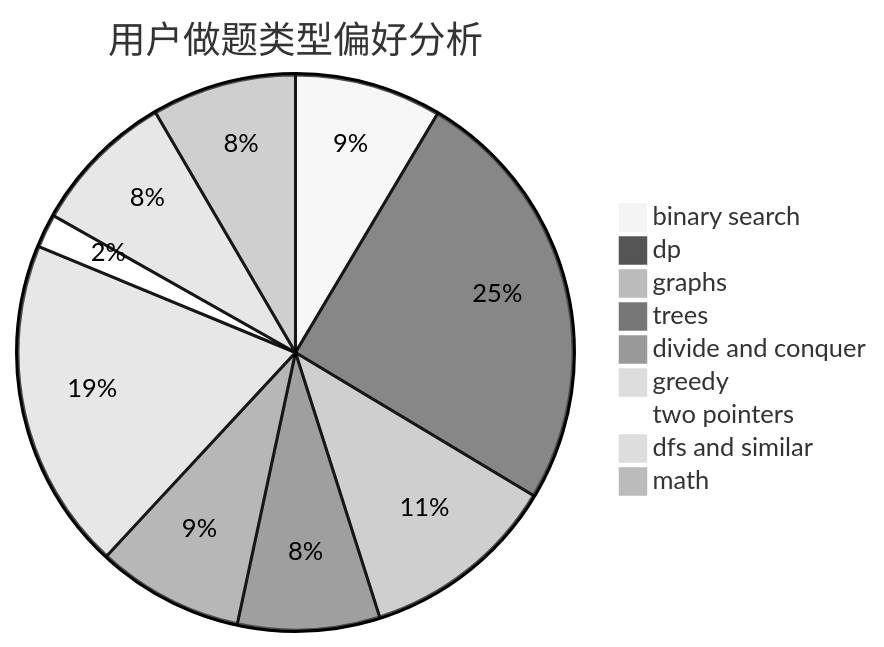
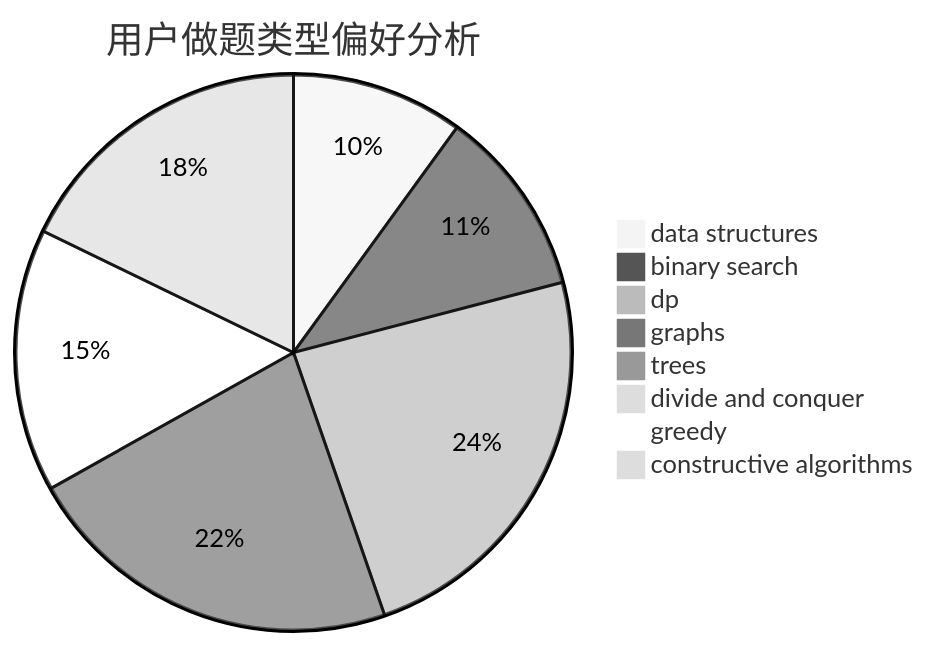
One commit to sherpahu/cfrs.github.io changed the second of 3 diagrams in docs/user/u1127.md. Above: the diagram before and after it, drawn with Mermaid (neutral theme). The commit also changed other lines of this file and 2775 other files, not shown here.

````diff
--- a/docs/user/u1127.md
+++ b/docs/user/u1127.md
@@ -23,12 +23,11 @@
 ```mermaid
 pie title 用户做题类型偏好分析
-    "binary search" :  61
-    "dp" :  179
-    "graphs" :  82
-    "trees" :  59
-    "divide and conquer" :  61
-    "greedy" :  138
-    "two pointers" :  14
-    "dfs and similar" :  60
-    "math" :  60
+    "data structures" :  32
+    "binary search" :  35
+    "dp" :  76
+    "graphs" :  71
+    "trees" :  3
+    "divide and conquer" :  0
+    "greedy" :  49
+    "constructive algorithms" :  57
 ```
````
